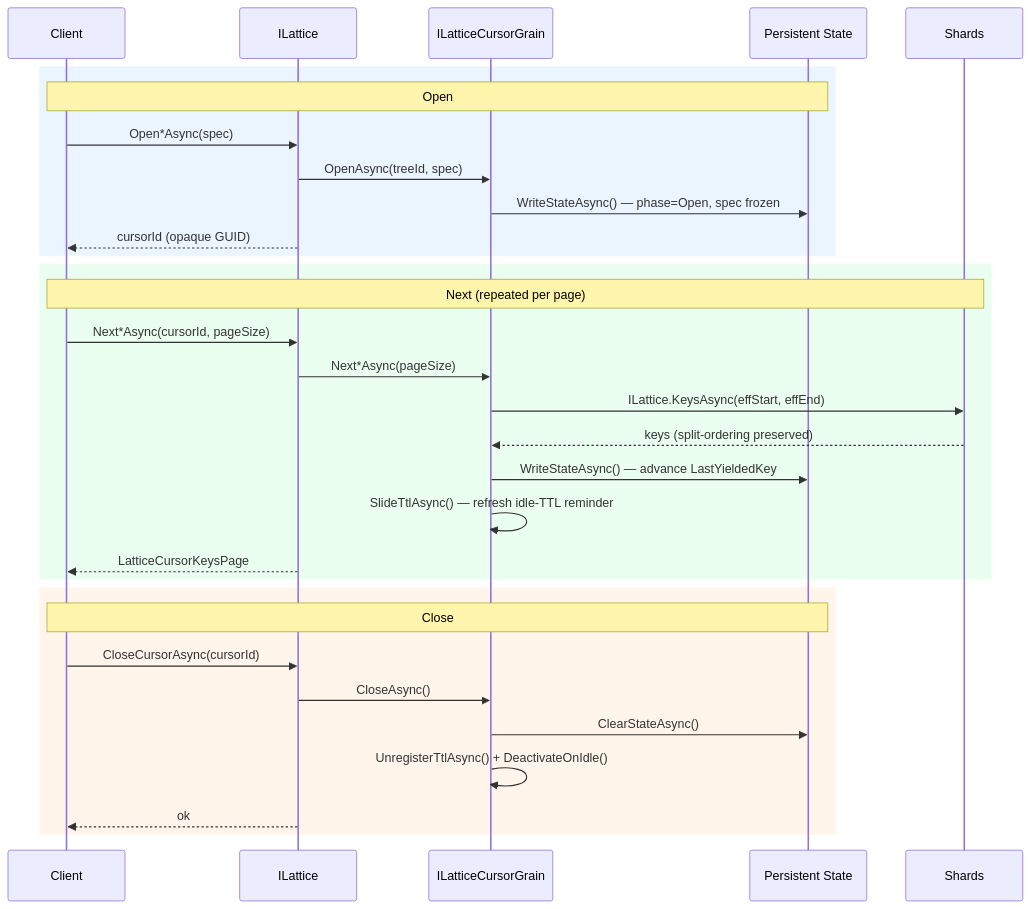
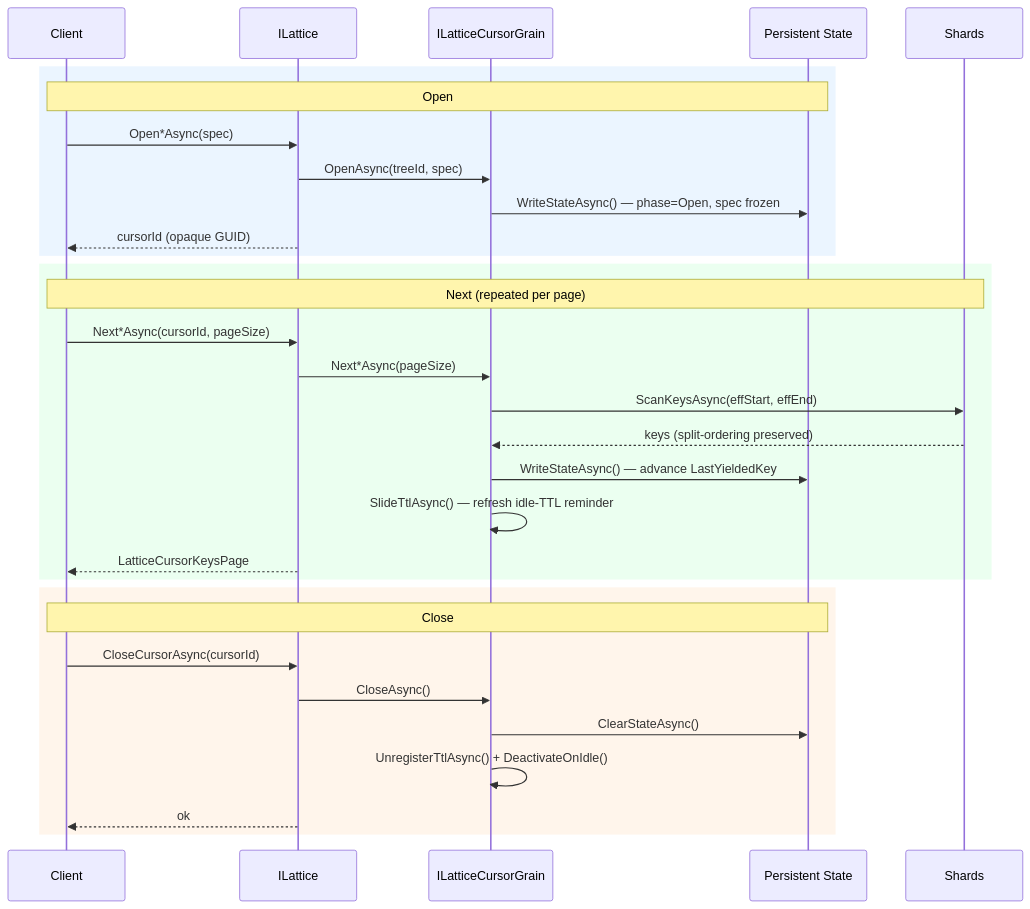
Before and after one commit to NSTA1/Orleans.Lattice: the first of 4 diagrams in docs/durable-cursors.md, drawn with Mermaid. The commit also changed other lines of this file and 21 other files, not shown here.

````diff
--- a/docs/durable-cursors.md
+++ b/docs/durable-cursors.md
@@ -38,36 +38,36 @@
 ```mermaid
 sequenceDiagram
     participant C as Client
     participant L as ILattice
     participant G as ILatticeCursorGrain
     participant P as Persistent State
     participant S as Shards
 
     rect rgb(235,245,255)
         Note over C,P: Open
         C->>L: Open*Async(spec)
         L->>G: OpenAsync(treeId, spec)
         G->>P: WriteStateAsync() — phase=Open, spec frozen
         L-->>C: cursorId (opaque GUID)
     end
 
     rect rgb(235,255,240)
         Note over C,S: Next (repeated per page)
         C->>L: Next*Async(cursorId, pageSize)
         L->>G: Next*Async(pageSize)
-        G->>S: ILattice.KeysAsync(effStart, effEnd)
+        G->>S: ScanKeysAsync(effStart, effEnd)
         S-->>G: keys (split-ordering preserved)
         G->>P: WriteStateAsync() — advance LastYieldedKey
         G->>G: SlideTtlAsync() — refresh idle-TTL reminder
         L-->>C: LatticeCursorKeysPage
     end
 
     rect rgb(255,245,235)
         Note over C,P: Close
         C->>L: CloseCursorAsync(cursorId)
         L->>G: CloseAsync()
         G->>P: ClearStateAsync()
         G->>G: UnregisterTtlAsync() + DeactivateOnIdle()
         L-->>C: ok
     end
 ```
````
